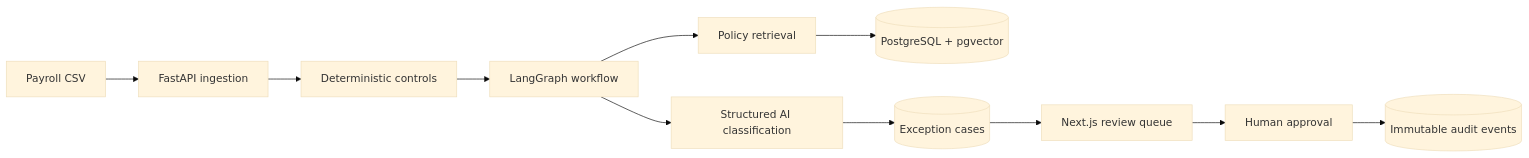
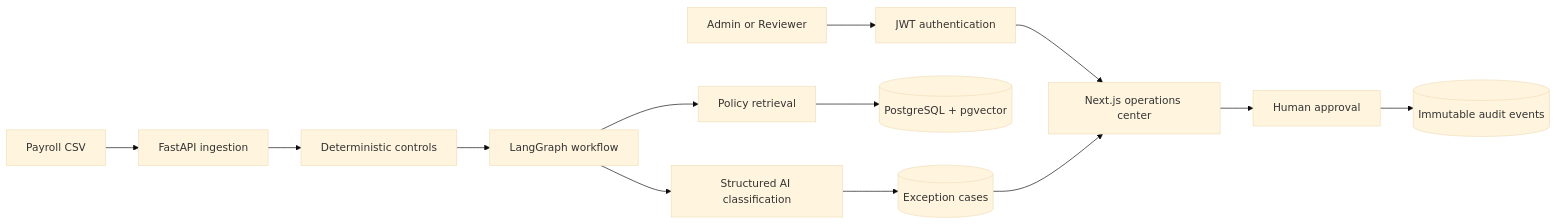
One commit to prasun-rimal/payrollops-ai changed the diagram in README.md. Above: the diagram before and after it, drawn with Mermaid (base theme). The commit also changed other lines of this file and 22 other files, not shown here.

Commit message:
Add JWT authentication and role-based access

````diff
--- a/README.md
+++ b/README.md
@@ -34,13 +43,15 @@
 ```mermaid
 flowchart LR
+    User[Admin or Reviewer] --> Auth[JWT authentication]
+    Auth --> UI[Next.js operations center]
     CSV[Payroll CSV] --> API[FastAPI ingestion]
     API --> Rules[Deterministic controls]
     Rules --> Graph[LangGraph workflow]
     Graph --> Retrieve[Policy retrieval]
     Retrieve --> Vector[(PostgreSQL + pgvector)]
     Graph --> LLM[Structured AI classification]
     LLM --> Cases[(Exception cases)]
-    Cases --> UI[Next.js review queue]
+    Cases --> UI
     UI --> Human[Human approval]
     Human --> Audit[(Immutable audit events)]
 ```
````
